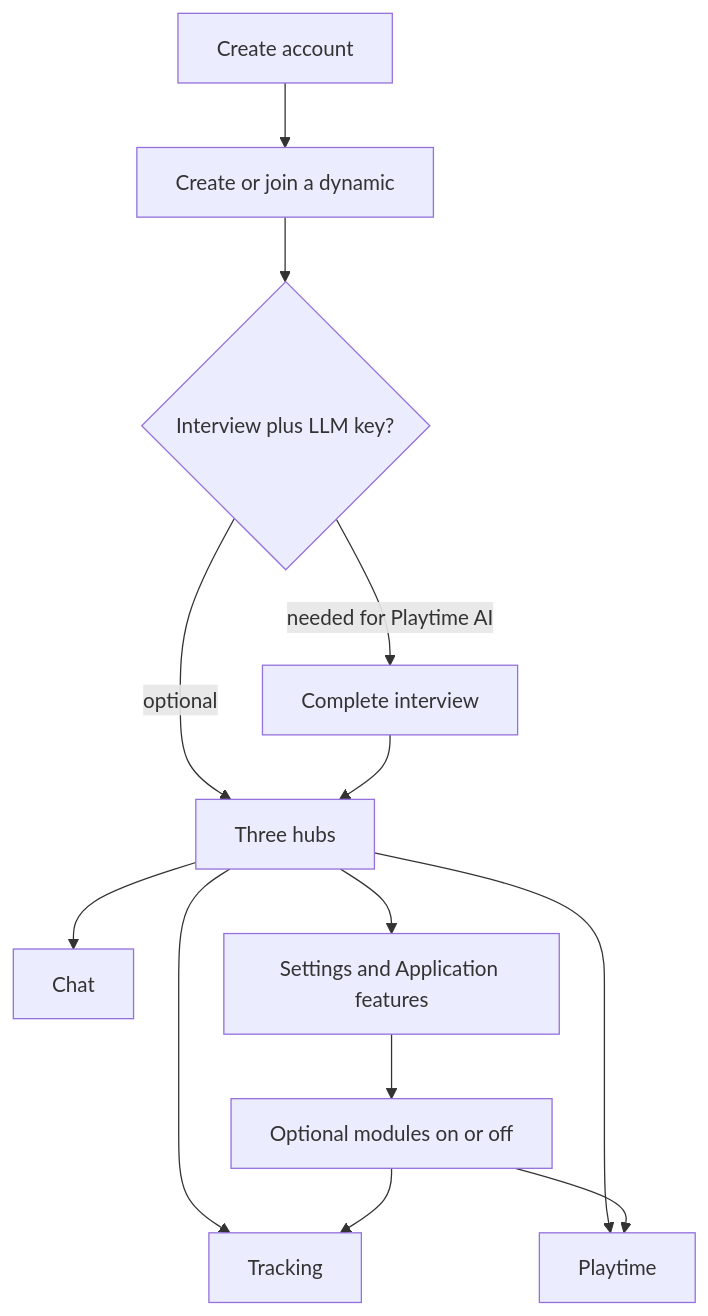
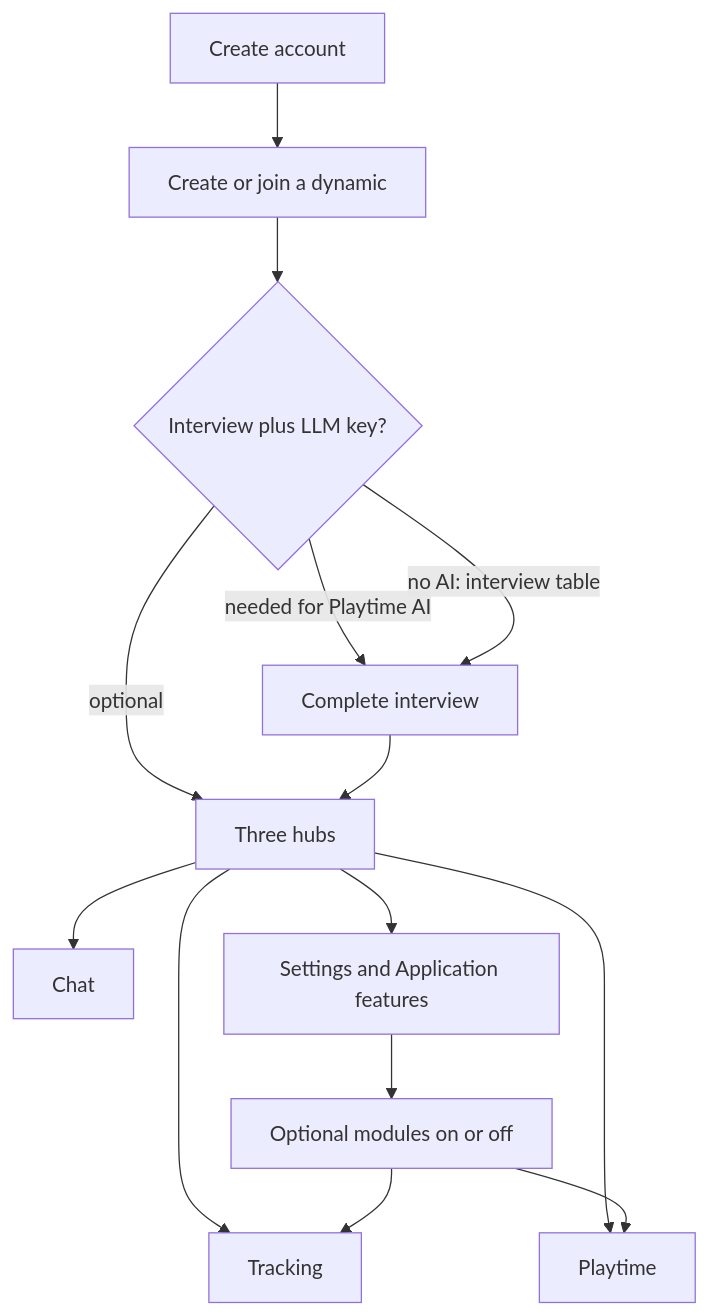
The first of 12 diagrams in wiki/Workflows.md (ubetra-beep/ubetra), drawn with Mermaid before and after one commit. The commit also changed other lines of this file and 41 other files, not shown here.

````diff
--- a/wiki/Workflows.md
+++ b/wiki/Workflows.md
@@ -11,15 +11,16 @@
 ```mermaid
 flowchart TD
   A[Create account] --> B[Create or join a dynamic]
   B --> C{Interview plus LLM key?}
   C -->|needed for Playtime AI| D[Complete interview]
+  C -->|no AI: interview table| D
   C -->|optional| E[Three hubs]
   D --> E
   E --> T[Tracking]
   E --> P[Playtime]
   E --> H[Chat]
   E --> S[Settings and Application features]
   S --> F[Optional modules on or off]
   F --> T
   F --> P
 ```
````
